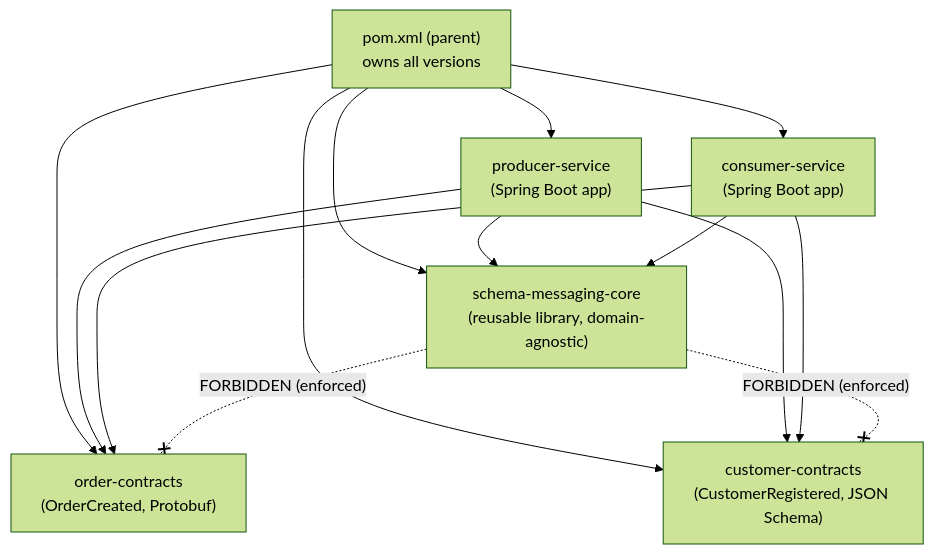
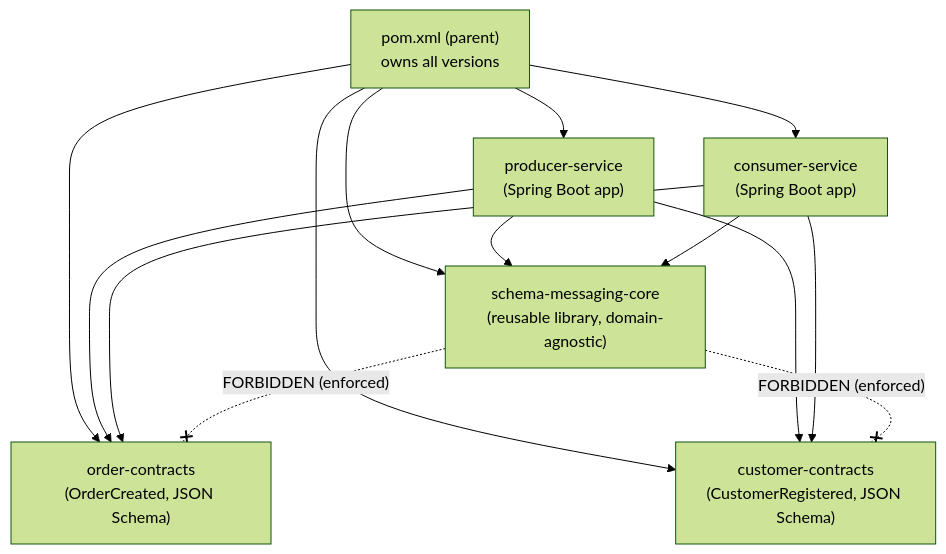
One commit to anarefin/schema-registry-demo changed the second of 9 diagrams in docs/TECHNICAL-REPORT.md. Above: the diagram before and after it, drawn with Mermaid (forest theme). The commit also changed other lines of this file and 29 other files, not shown here.

````diff
--- a/docs/TECHNICAL-REPORT.md
+++ b/docs/TECHNICAL-REPORT.md
@@ -138,19 +130,19 @@
 ```mermaid
 graph TD
     Parent["pom.xml (parent)<br/>owns all versions"]
     Parent --> Core["schema-messaging-core<br/>(reusable library, domain-agnostic)"]
-    Parent --> OC["order-contracts<br/>(OrderCreated, Protobuf)"]
+    Parent --> OC["order-contracts<br/>(OrderCreated, JSON Schema)"]
     Parent --> CC["customer-contracts<br/>(CustomerRegistered, JSON Schema)"]
     Parent --> PS["producer-service<br/>(Spring Boot app)"]
     Parent --> CS["consumer-service<br/>(Spring Boot app)"]
 
     PS --> Core
     PS --> OC
     PS --> CC
     CS --> Core
     CS --> OC
     CS --> CC
 
     Core -. "FORBIDDEN (enforced)" .-x OC
     Core -. "FORBIDDEN (enforced)" .-x CC
 ```
````
